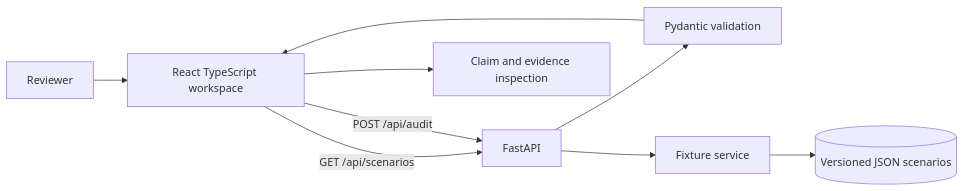
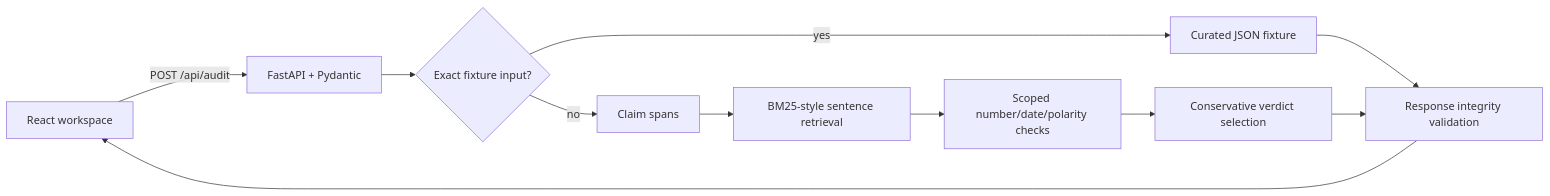
Before and after one commit to harryfernando10/64Bit_college_round: the diagram in docs/ARCHITECTURE.md, drawn with Mermaid. The commit also changed other lines of this file and 11 other files, not shown here.

````diff
--- a/docs/ARCHITECTURE.md
+++ b/docs/ARCHITECTURE.md
@@ -14,11 +5,13 @@
 ```mermaid
 flowchart LR
-  U[Reviewer] --> UI[React TypeScript workspace]
-  UI -->|GET /api/scenarios| API[FastAPI]
-  UI -->|POST /api/audit| API
-  API --> M[Pydantic validation]
-  API --> S[Fixture service]
-  S --> J[(Versioned JSON scenarios)]
-  M --> UI
-  UI --> E[Claim and evidence inspection]
+  UI[React workspace] -->|POST /api/audit| API[FastAPI + Pydantic]
+  API --> S{Exact fixture input?}
+  S -->|yes| F[Curated JSON fixture]
+  S -->|no| C[Claim spans]
+  C --> R[BM25-style sentence retrieval]
+  R --> D[Scoped number/date/polarity checks]
+  D --> V[Conservative verdict selection]
+  F --> I[Response integrity validation]
+  V --> I
+  I --> UI
 ```
````
